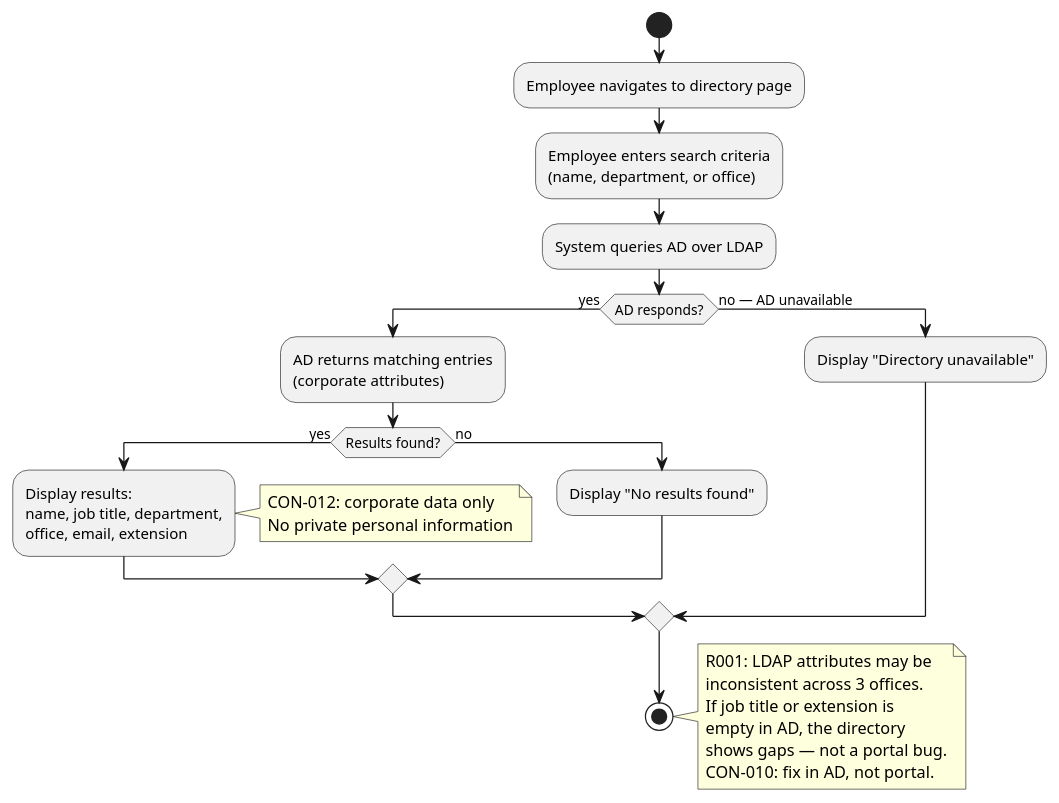
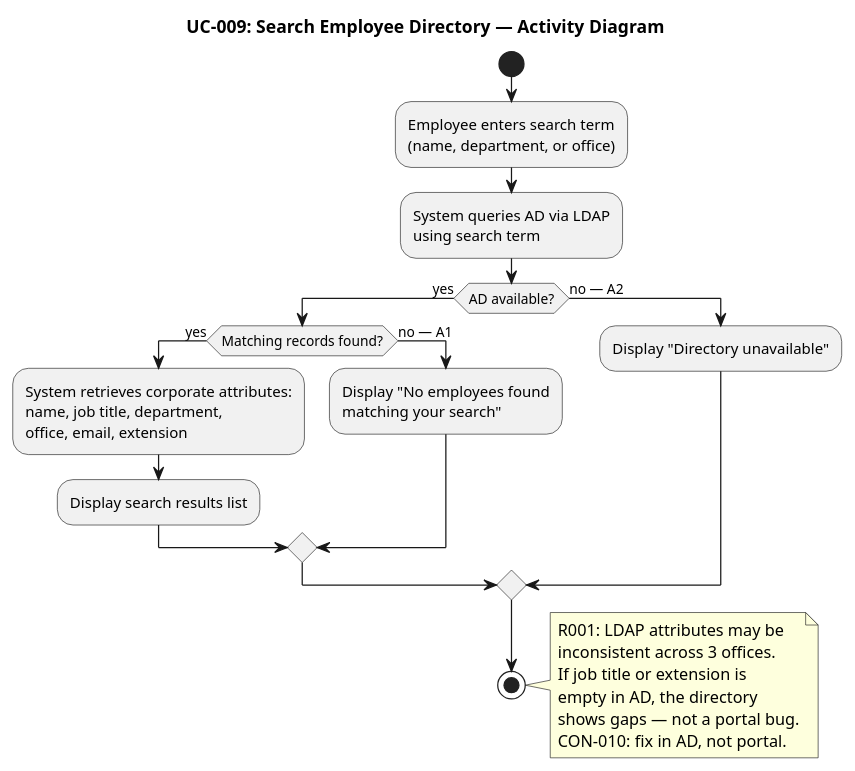
Before and after one commit to banense-test/portal-cuba-corp: the tenth of 11 diagrams in docs/artifacts/requirements/use-case-model.md, drawn with PlantUML. The commit also changed other lines of this file, not shown here.

First line of the commit message:
System Analyst [E1]: upsert Use-Case Model

````diff
--- a/docs/artifacts/requirements/use-case-model.md
+++ b/docs/artifacts/requirements/use-case-model.md
@@ -307,33 +579,35 @@
 ```plantuml
 @startuml
+title UC-009: Search Employee Directory — Activity Diagram
+
 start
-:Employee navigates to directory page;
-:Employee enters search criteria\n(name, department, or office);
-:System queries AD over LDAP;
-if (AD responds?) then (yes)
-  :AD returns matching entries\n(corporate attributes);
-  if (Results found?) then (yes)
-    :Display results:\nname, job title, department,\noffice, email, extension;
-    note right
-      CON-012: corporate data only
-      No private personal information
-    end note
-  else (no)
-    :Display "No results found";
+:Employee enters search term
+(name, department, or office);
+:System queries AD via LDAP
+using search term;
+if (AD available?) then (yes)
+  if (Matching records found?) then (yes)
+    :System retrieves corporate attributes:
+    name, job title, department,
+    office, email, extension;
+    :Display search results list;
+  else (no — A1)
+    :Display "No employees found
+    matching your search";
   endif
-else (no — AD unavailable)
+else (no — A2)
   :Display "Directory unavailable";
 endif
 stop
 
 note right
   R001: LDAP attributes may be
   inconsistent across 3 offices.
   If job title or extension is
   empty in AD, the directory
   shows gaps — not a portal bug.
   CON-010: fix in AD, not portal.
 end note
 
 @enduml
 ```
````
